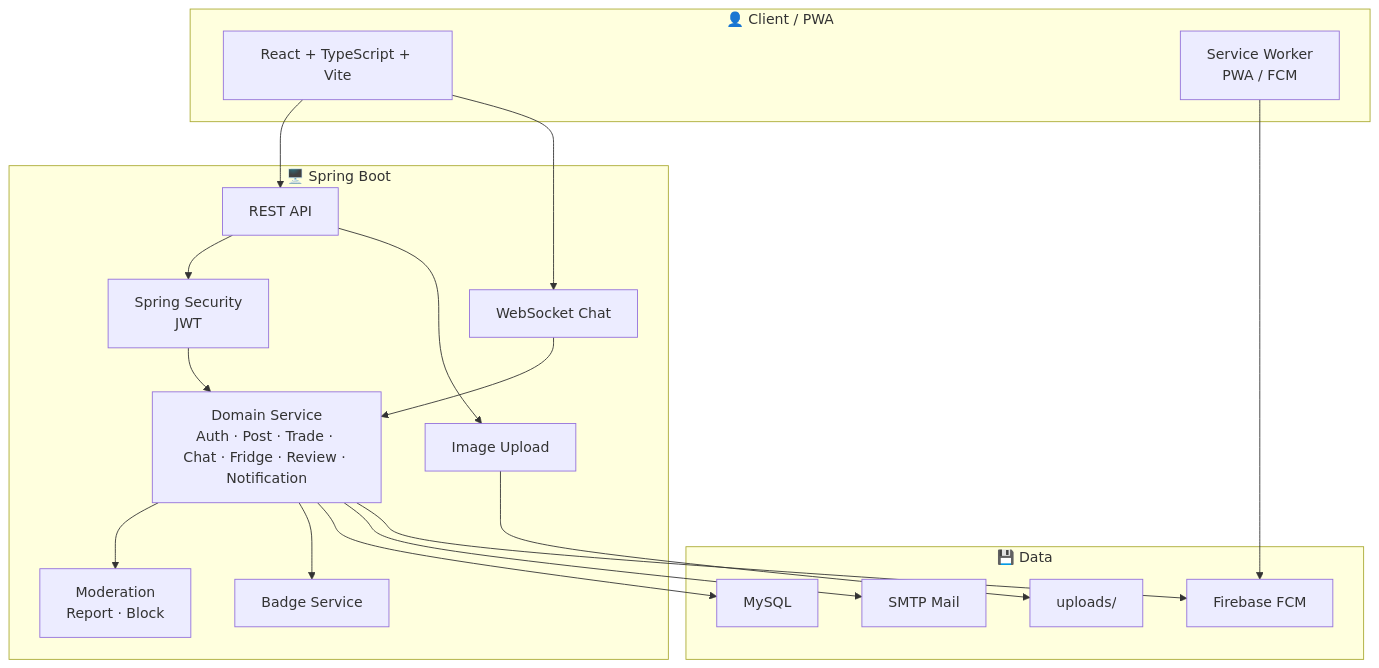
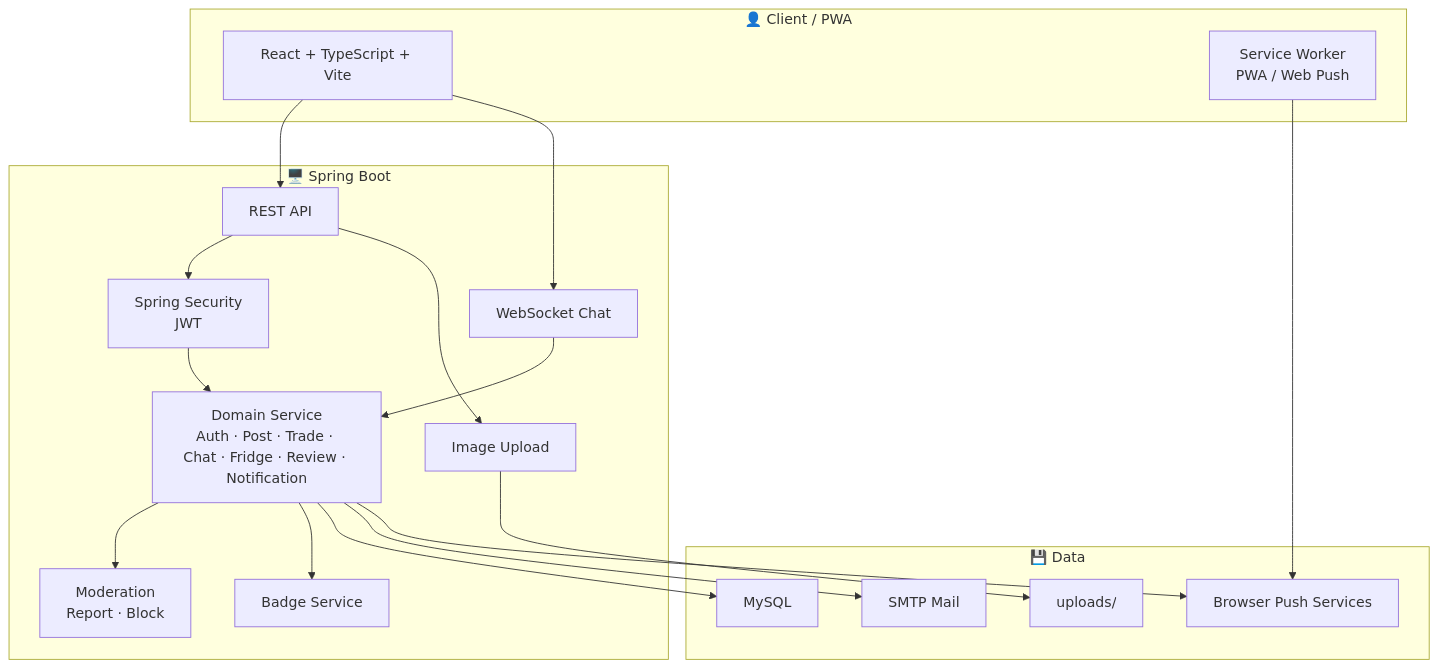
One commit to hjs7115/foodshare changed the second of 2 diagrams in README.md. Above: the diagram before and after it, drawn with Mermaid. The commit also changed other lines of this file and 47 other files, not shown here.

````diff
--- a/README.md
+++ b/README.md
@@ -98,38 +98,38 @@
 ```mermaid
 graph TB
     subgraph Client["👤 Client / PWA"]
         Web["React + TypeScript + Vite"]
-        SW["Service Worker<br/>PWA / FCM"]
+        SW["Service Worker<br/>PWA / Web Push"]
     end
 
     subgraph Server["🖥️ Spring Boot"]
         API["REST API"]
         WS["WebSocket Chat"]
         Security["Spring Security<br/>JWT"]
         Domain["Domain Service<br/>Auth · Post · Trade · Chat · Fridge · Review · Notification"]
         Moderation["Moderation<br/>Report · Block"]
         Badge["Badge Service"]
         Upload["Image Upload"]
     end
 
     subgraph Data["💾 Data"]
         MySQL["MySQL"]
         Files["uploads/"]
         Mail["SMTP Mail"]
-        FCM["Firebase FCM"]
+        Push["Browser Push Services"]
     end
 
     Web --> API
     Web --> WS
-    SW --> FCM
+    SW --> Push
     API --> Security
     Security --> Domain
     WS --> Domain
     Domain --> Moderation
     Domain --> Badge
     Domain --> MySQL
     Domain --> Mail
-    Domain --> FCM
+    Domain --> Push
     API --> Upload
     Upload --> Files
 ```
````
